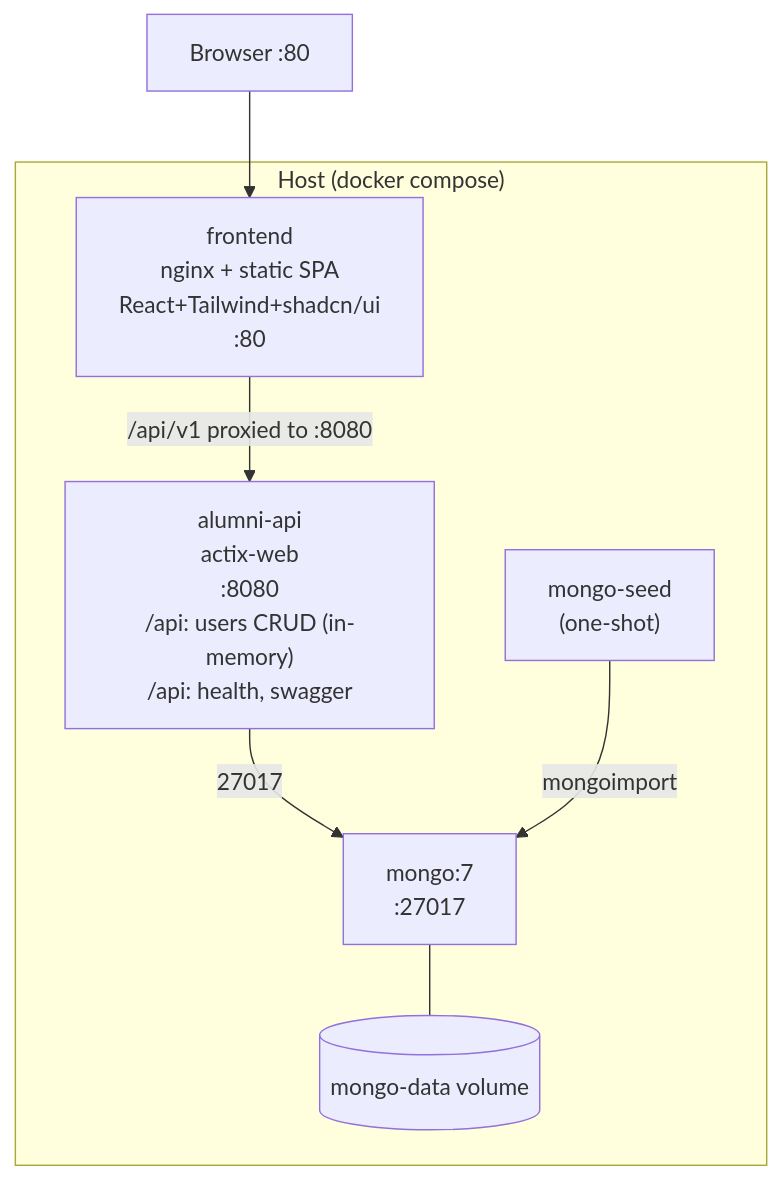
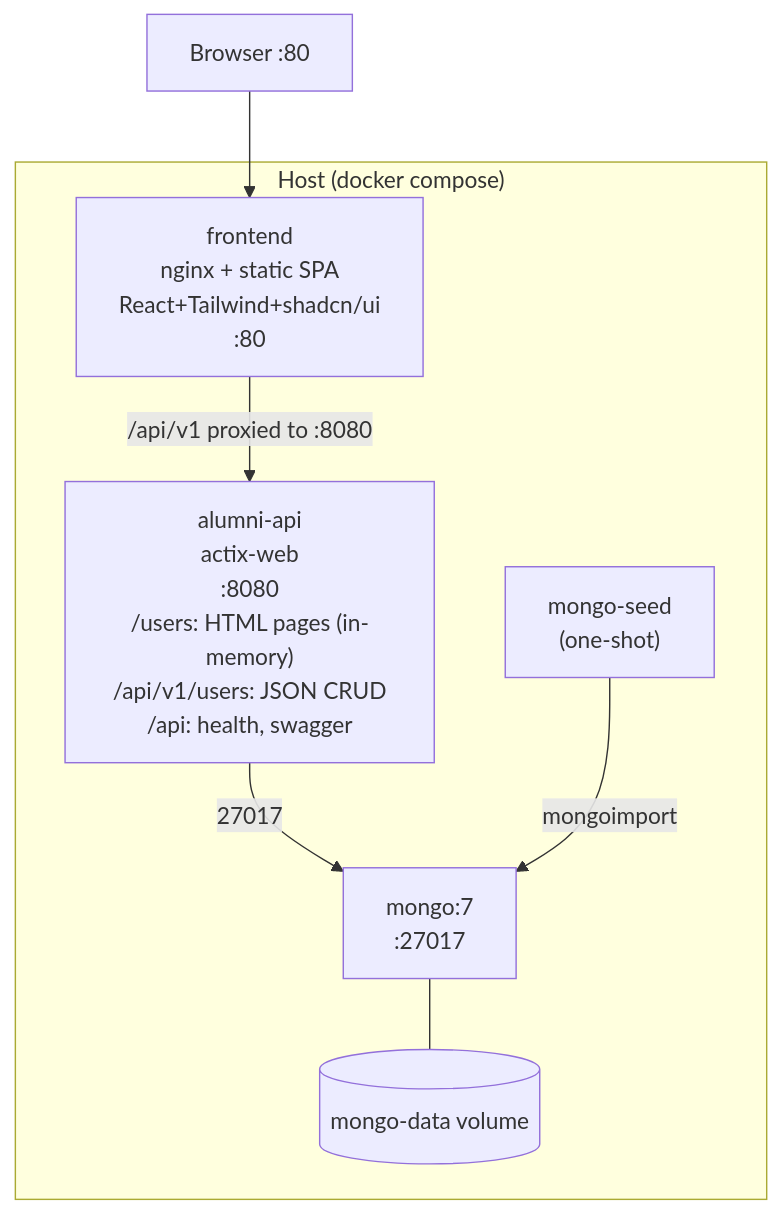
The diagram in docs/architecture/container.mmd (Berbadov/alumni), drawn with Mermaid before and after one commit. The commit also changed 16 other files, not shown here.

First line of the commit message:
alumni-api: add routes layer, HTML view layer and web CRUD for users

```diff
--- a/docs/architecture/container.mmd
+++ b/docs/architecture/container.mmd
@@ -1,15 +1,15 @@
 %% Docker compose containers, ports and volumes
 flowchart TB
     subgraph Host["Host (docker compose)"]
         FE["frontend\nnginx + static SPA\nReact+Tailwind+shadcn/ui\n:80"]
-        API["alumni-api\nactix-web\n:8080\n/api: users CRUD (in-memory)\n/api: health, swagger"]
+        API["alumni-api\nactix-web\n:8080\n/users: HTML pages (in-memory)\n/api/v1/users: JSON CRUD\n/api: health, swagger"]
         Seed["mongo-seed\n(one-shot)"]
         DB["mongo:7\n:27017"]
         Vol[("mongo-data volume")]
     end
 
     Browser["Browser :80"] --> FE
     FE -->|"/api/v1 proxied to :8080"| API
     API -->|27017| DB
     Seed -->|mongoimport| DB
     DB --- Vol
```
